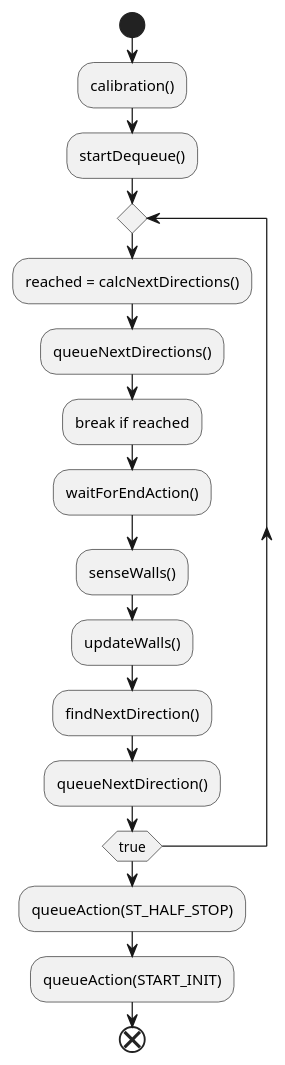
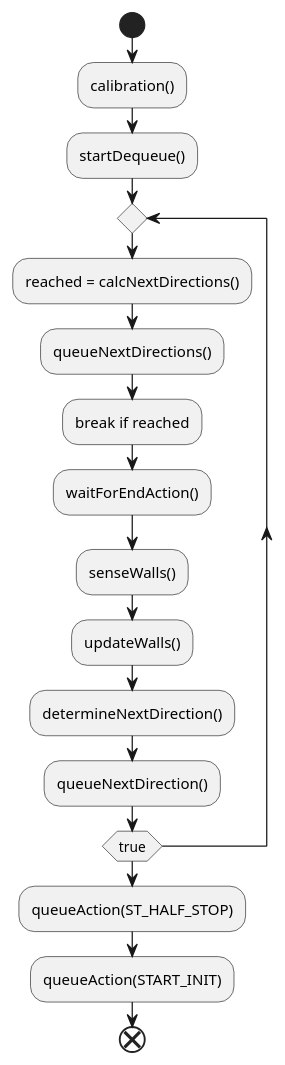
One commit to kerikun11/micromouse-maze-library changed the diagram in plantuml/flow.pu. Above: the diagram before and after it, drawn with PlantUML. The commit also changed 9 other files, not shown here.

```diff
--- a/plantuml/flow.pu
+++ b/plantuml/flow.pu
@@ -1,18 +1,18 @@
 @startuml RobotBase::generalSearchRun()
 start
 :calibration();
 :startDequeue();
 repeat
     :reached = calcNextDirections();
     :queueNextDirections();
     :break if reached;
     :waitForEndAction();
     :senseWalls();
     :updateWalls();
-    :findNextDirection();
+    :determineNextDirection();
     :queueNextDirection();
 repeat while (true)
 :queueAction(ST_HALF_STOP);
 :queueAction(START_INIT);
 end
 @enduml
```
